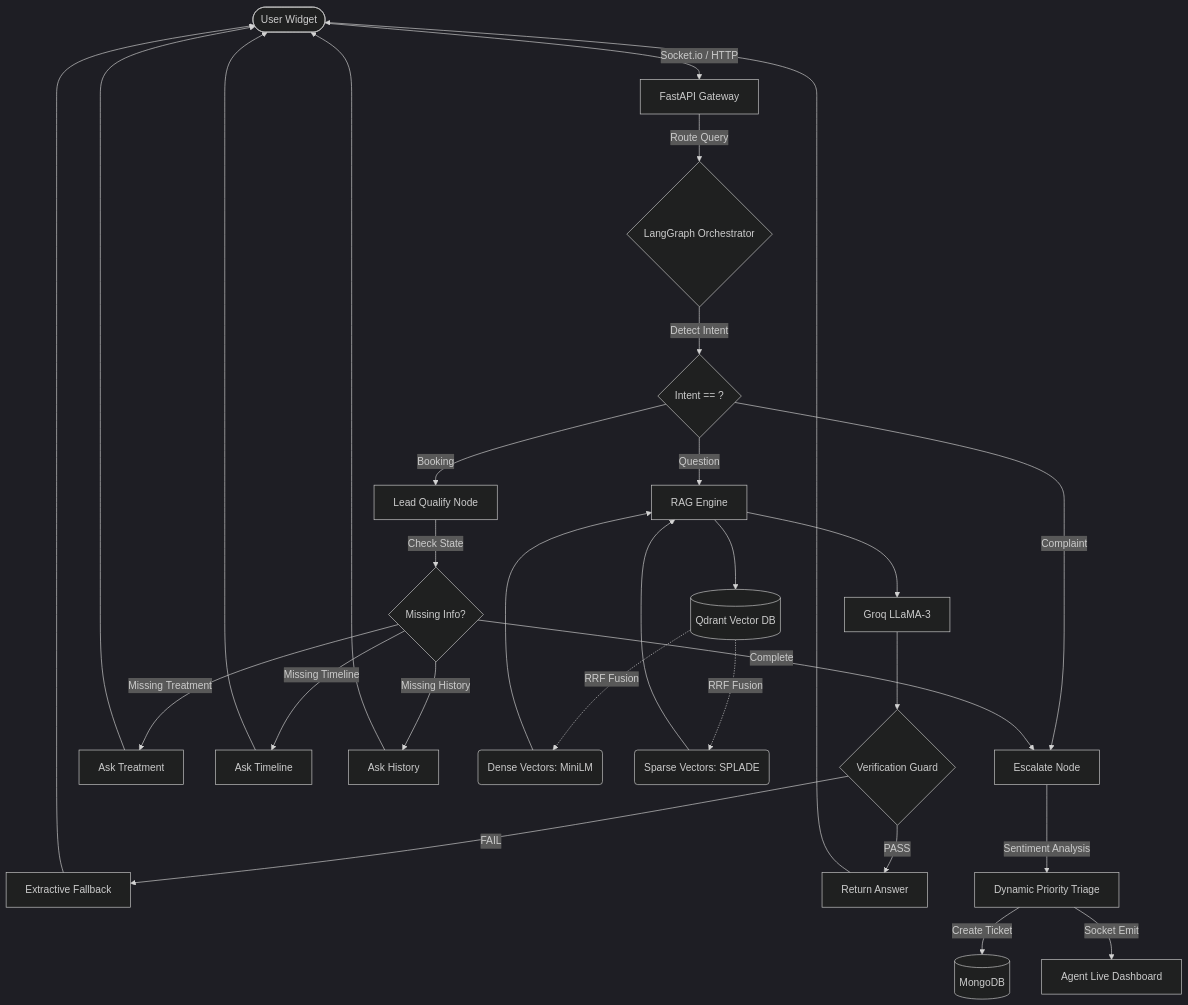
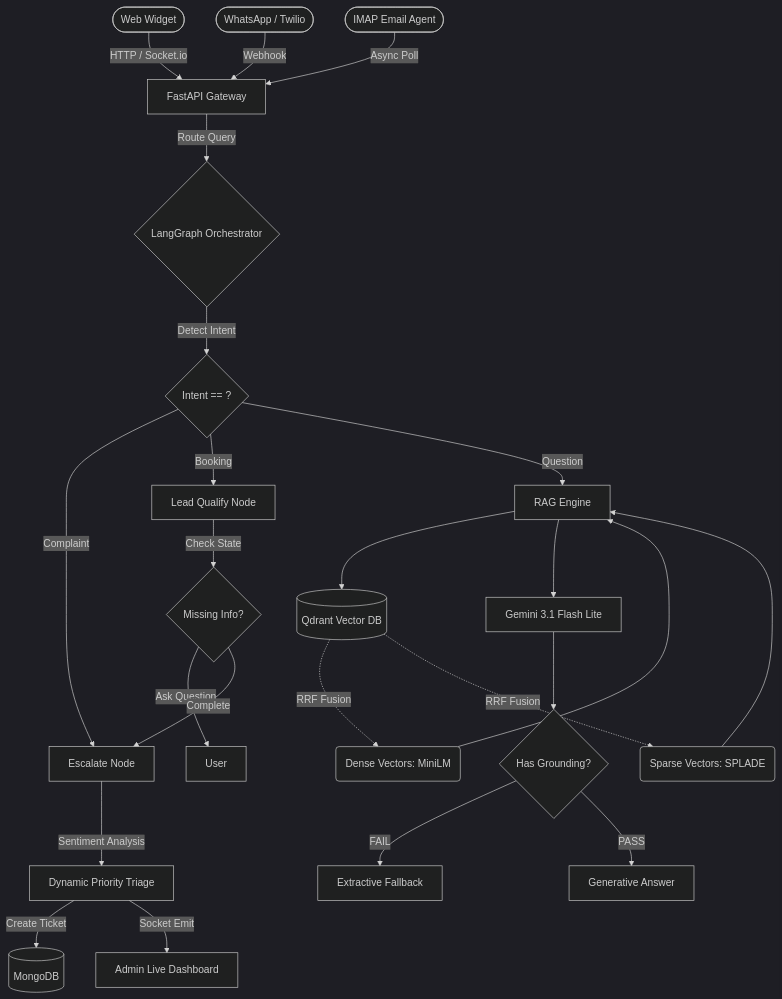
The diagram in README.md (derpx06/closira), drawn with Mermaid (dark theme) before and after one commit. The commit also changed other lines of this file, not shown here.

Commit message:
docs: Comprehensive architecture, setup, and system explanation rewrite

````diff
--- a/README.md
+++ b/README.md
@@ -50,42 +45,38 @@
 ```mermaid
 graph TD
-    User([User Widget]) -->|Socket.io / HTTP| API[FastAPI Gateway]
+    %% Channels
+    Web([Web Widget]) -->|HTTP / Socket.io| API[FastAPI Gateway]
+    WA([WhatsApp / Twilio]) -->|Webhook| API
+    Email([IMAP Email Agent]) -->|Async Poll| API
+    
     API -->|Route Query| Orchestrator{LangGraph Orchestrator}
     
     %% Intent Detection
     Orchestrator -->|Detect Intent| IntentCheck{Intent == ?}
     IntentCheck -->|Complaint| EscalateNode[Escalate Node]
     IntentCheck -->|Booking| QualifyNode[Lead Qualify Node]
     IntentCheck -->|Question| RAGNode[RAG Engine]
 
     %% Qualification Funnel
     QualifyNode -->|Check State| Funnel{Missing Info?}
-    Funnel -->|Missing Treatment| AskTreatment[Ask Treatment]
-    Funnel -->|Missing Timeline| AskTimeline[Ask Timeline]
-    Funnel -->|Missing History| AskHistory[Ask History]
+    Funnel -->|Ask Question| UserChannel[User]
     Funnel -->|Complete| EscalateNode
-    
-    AskTreatment --> User
-    AskTimeline --> User
-    AskHistory --> User
 
     %% RAG Engine
     RAGNode --> VectorDB[(Qdrant Vector DB)]
     VectorDB -.->|RRF Fusion| Dense(Dense Vectors: MiniLM)
     VectorDB -.->|RRF Fusion| Sparse(Sparse Vectors: SPLADE)
+    
     Dense --> RAGNode
     Sparse --> RAGNode
     
-    RAGNode --> LLM[Groq LLaMA-3]
-    LLM --> VerifyGuard{Verification Guard}
-    VerifyGuard -->|FAIL| Fallback[Extractive Fallback]
-    VerifyGuard -->|PASS| ReturnAnswer[Return Answer]
-    
-    Fallback --> User
-    ReturnAnswer --> User
+    RAGNode --> LLM[Gemini 3.1 Flash Lite]
+    LLM --> FallbackCheck{Has Grounding?}
+    FallbackCheck -->|FAIL| Fallback[Extractive Fallback]
+    FallbackCheck -->|PASS| ReturnAnswer[Generative Answer]
 
     %% Escalation
     EscalateNode -->|Sentiment Analysis| Triage[Dynamic Priority Triage]
     Triage -->|Create Ticket| MongoDB[(MongoDB)]
-    Triage -->|Socket Emit| Dashboard[Agent Live Dashboard]
+    Triage -->|Socket Emit| Dashboard[Admin Live Dashboard]
 ```
````
